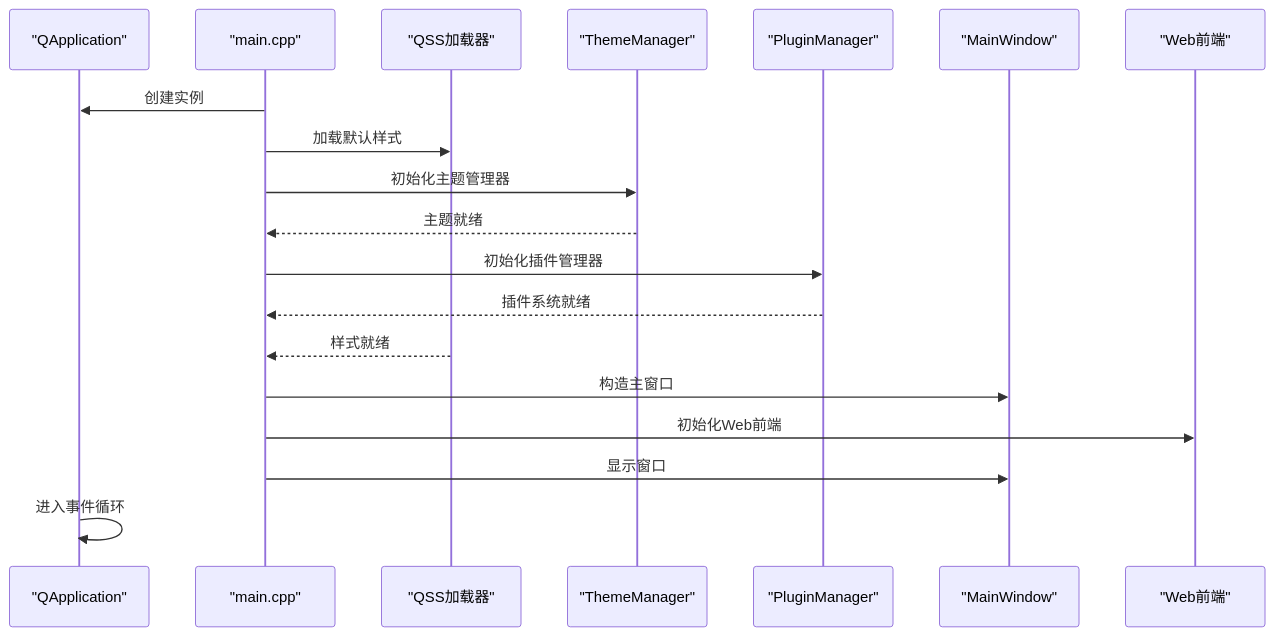
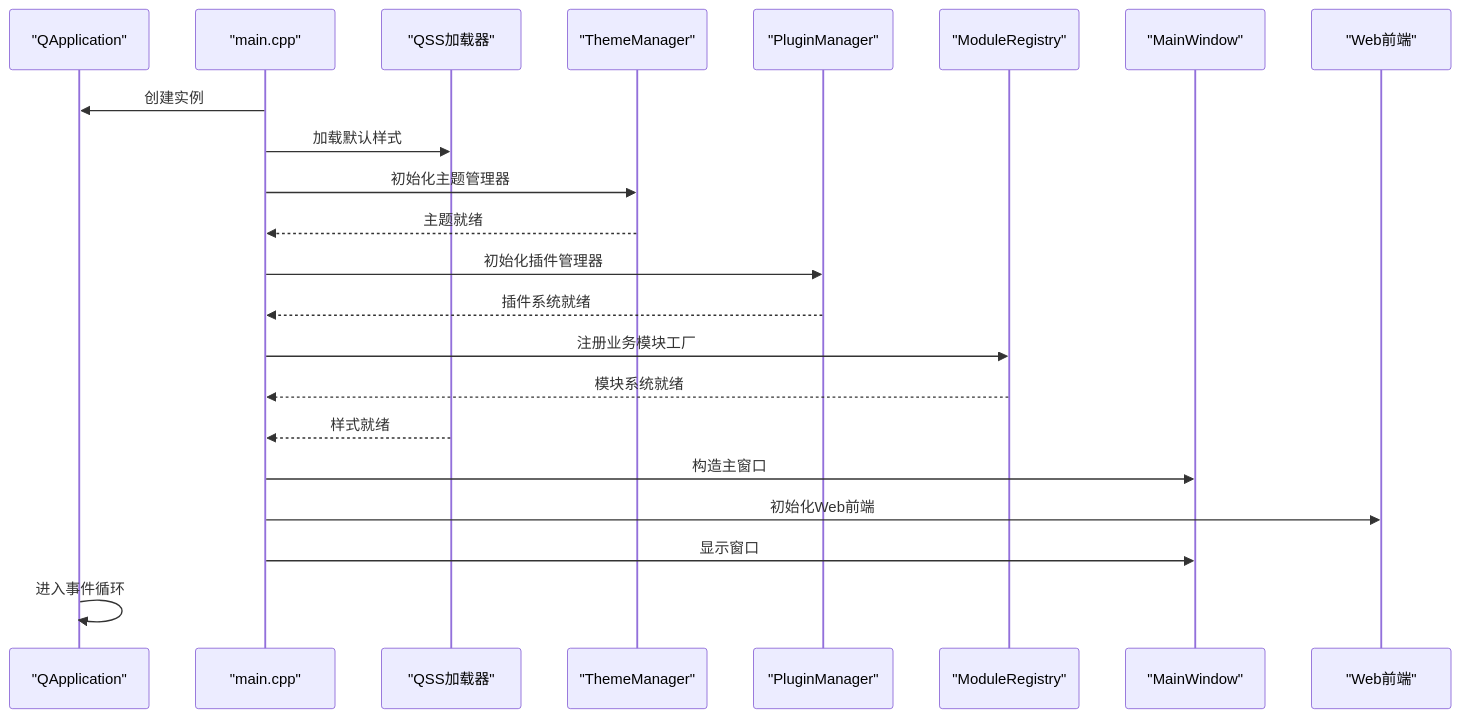
One commit to jakecai1225-design/OpenBus changed the sixth of 36 diagrams in .qoder/repowiki/zh/content/架构设计/UI系统设计/UI系统设计.md. Above: the diagram before and after it, drawn with Mermaid. The commit also changed other lines of this file and 177 other files, not shown here.

````diff
--- a/.qoder/repowiki/zh/content/架构设计/UI系统设计/UI系统设计.md
+++ b/.qoder/repowiki/zh/content/架构设计/UI系统设计/UI系统设计.md
@@ -366,21 +664,24 @@
 ```mermaid
 sequenceDiagram
 participant App as "QApplication"
 participant Main as "main.cpp"
 participant Style as "QSS加载器"
 participant Theme as "ThemeManager"
 participant Plugin as "PluginManager"
+participant Module as "ModuleRegistry"
 participant Win as "MainWindow"
 participant Web as "Web前端"
 Main->>App : 创建实例
 Main->>Style : 加载默认样式
 Main->>Theme : 初始化主题管理器
 Theme-->>Main : 主题就绪
 Main->>Plugin : 初始化插件管理器
 Plugin-->>Main : 插件系统就绪
+Main->>Module : 注册业务模块工厂
+Module-->>Main : 模块系统就绪
 Style-->>Main : 样式就绪
 Main->>Win : 构造主窗口
 Main->>Web : 初始化Web前端
 Main->>Win : 显示窗口
 App->>App : 进入事件循环
 ```
````
